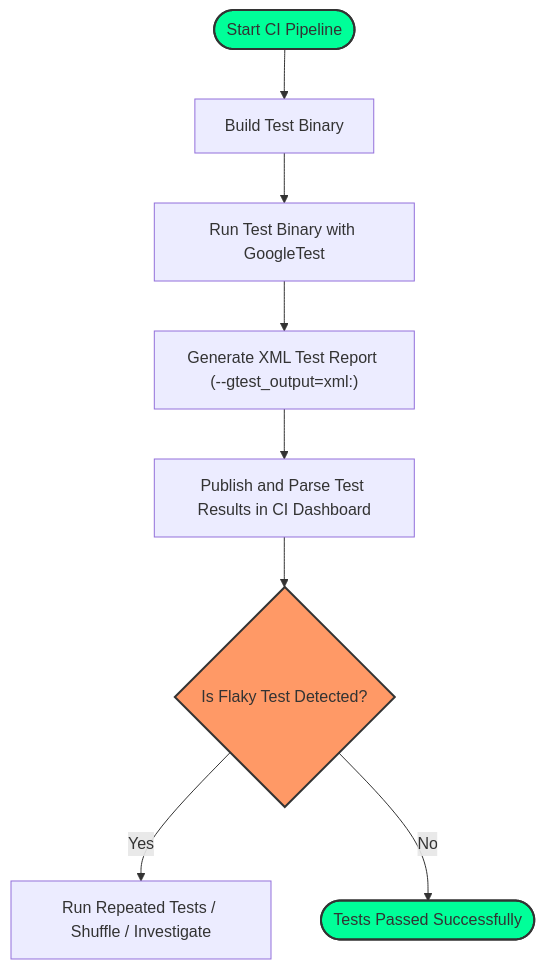
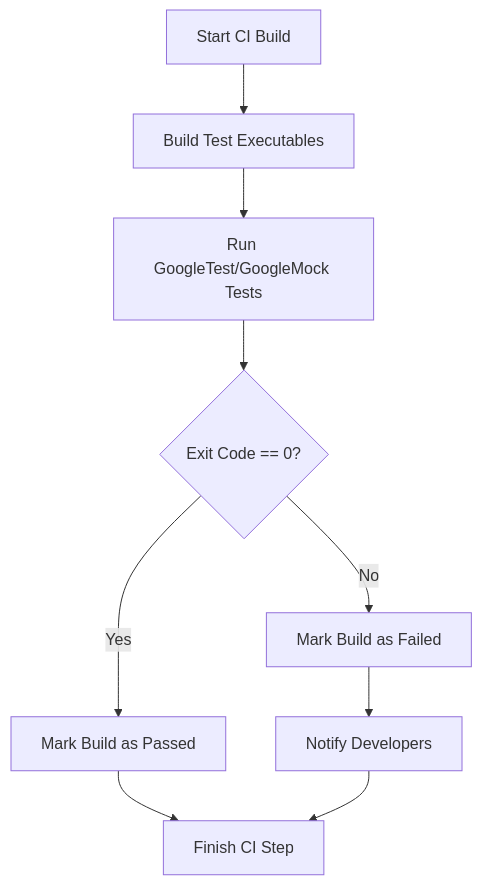
Before and after one commit to clidey/docucod-public-project-869ef7c3-7eff-4ad2-9765-2698303f14d7: the diagram in guides/integration-scenarios/ci-integration.mdx, drawn with Mermaid. The commit also changed other lines of this file and 47 other files, not shown here.

````diff
--- a/guides/integration-scenarios/ci-integration.mdx
+++ b/guides/integration-scenarios/ci-integration.mdx
@@ -206,18 +182,11 @@
 ```mermaid
 flowchart TD
-
-    Start([Start CI Pipeline]) --> BuildTest["Build Test Binary"]
-    BuildTest --> RunTests["Run Test Binary with GoogleTest"]
-    RunTests --> GenerateXML["Generate XML Test Report (--gtest_output=xml:)"]
-    GenerateXML --> Publish["Publish and Parse Test Results in CI Dashboard"]
-    Publish --> AnalyzeFlaky{"Is Flaky Test Detected?"}
-    AnalyzeFlaky -->|Yes| DebugFlaky["Run Repeated Tests / Shuffle / Investigate"]
-    AnalyzeFlaky -->|No| Success(["Tests Passed Successfully"])
-
-
-    classDef startend fill:#0f9,stroke:#333,stroke-width:2px;
-    classDef decision fill:#f96,stroke:#333,stroke-width:2px;
-
-    class Start,Success startend;
-    class AnalyzeFlaky decision;
+  Start["Start CI Build"] --> Build["Build Test Executables"]
+  Build --> RunTests["Run GoogleTest/GoogleMock Tests"]
+  RunTests --> CheckExitCode{"Exit Code == 0?"}
+  CheckExitCode -->|Yes| Pass["Mark Build as Passed"]
+  CheckExitCode -->|No| Fail["Mark Build as Failed"]
+  Fail --> Notify["Notify Developers"]
+  Pass --> End["Finish CI Step"]
+  Notify --> End
 ```
````
